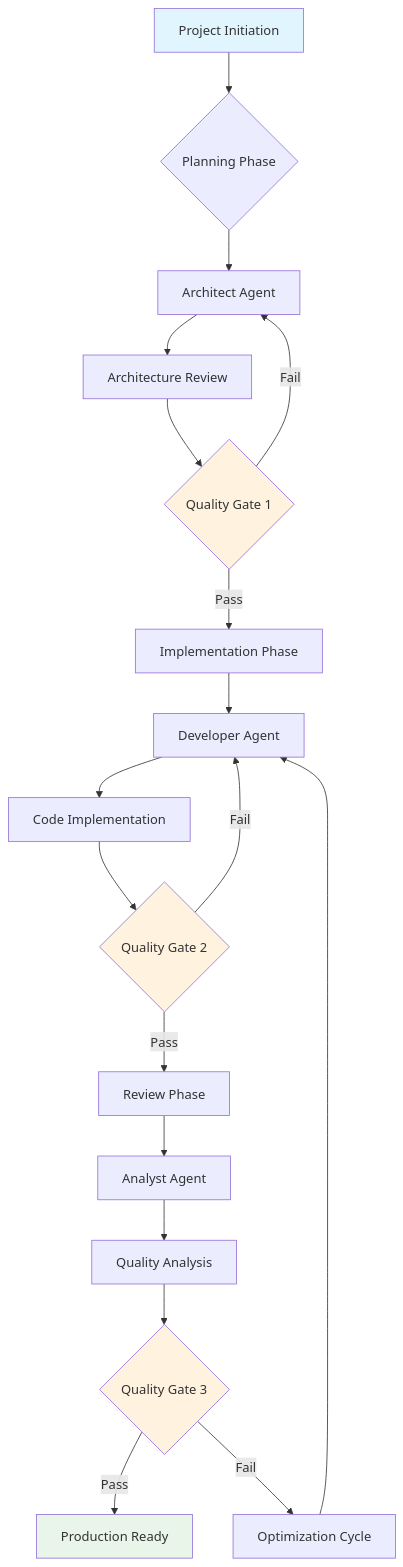
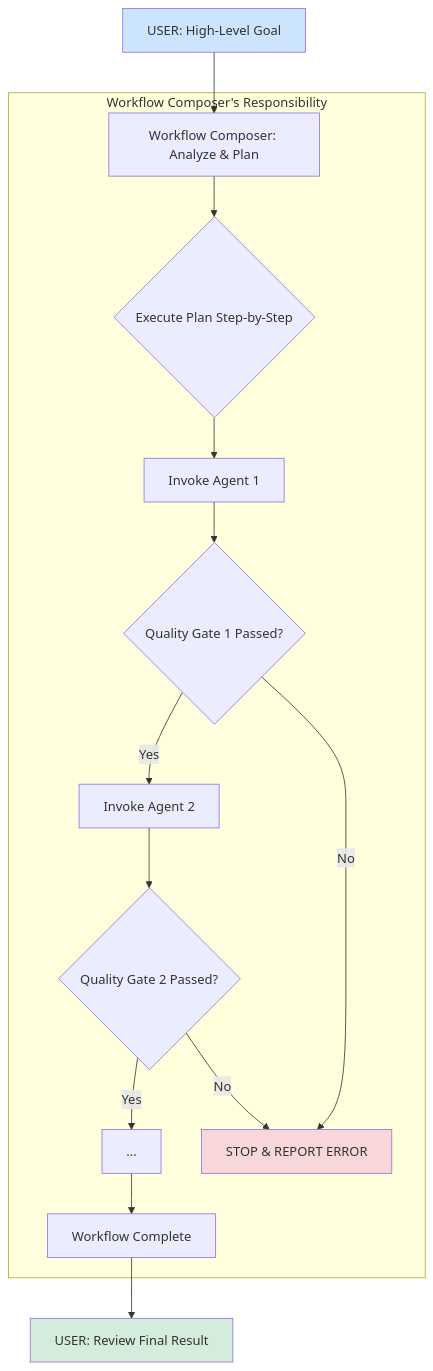
One commit to Atman36/AI-Vibe-Prompts changed the diagram in docs/WORKFLOW.md. Above: the diagram before and after it, drawn with Mermaid. The commit also changed other lines of this file and 25 other files, not shown here.

Commit message:
Refactored and updated agent architecture and documentation.

````diff
--- a/docs/WORKFLOW.md
+++ b/docs/WORKFLOW.md
@@ -9,26 +35,31 @@
 ```mermaid
 graph TD
-    A[Project Initiation] --> B{Planning Phase}
-    B --> C[Architect Agent]
-    C --> D[Architecture Review]
-    D --> E{Quality Gate 1}
-    E -->|Pass| F[Implementation Phase]
-    E -->|Fail| C
-    F --> G[Developer Agent]
-    G --> H[Code Implementation]
-    H --> I{Quality Gate 2}
-    I -->|Pass| J[Review Phase]
-    I -->|Fail| G
-    J --> K[Analyst Agent]
-    K --> L[Quality Analysis]
-    L --> M{Quality Gate 3}
-    M -->|Pass| N[Production Ready]
-    M -->|Fail| O[Optimization Cycle]
-    O --> G
-    
-    style A fill:#e1f5fe
-    style N fill:#e8f5e8
-    style E fill:#fff3e0
-    style I fill:#fff3e0
-    style M fill:#fff3e0
+    A[USER: High-Level Goal] --> B[Workflow Composer: Analyze & Plan];
+    B --> C{Execute Plan Step-by-Step};
+    C --> D[Invoke Agent 1];
+    D --> E{Quality Gate 1 Passed?};
+    E -- Yes --> F[Invoke Agent 2];
+    F --> G{Quality Gate 2 Passed?};
+    G -- Yes --> H[...];
+    H --> I[Workflow Complete];
+    I --> J[USER: Review Final Result];
+
+    E -- No --> K[STOP & REPORT ERROR];
+    G -- No --> K;
+
+    subgraph "Workflow Composer's Responsibility"
+        B
+        C
+        D
+        E
+        F
+        G
+        H
+        I
+        K
+    end
+
+    style A fill:#cde4ff
+    style J fill:#d4edda
+    style K fill:#f8d7da
 ```
````
